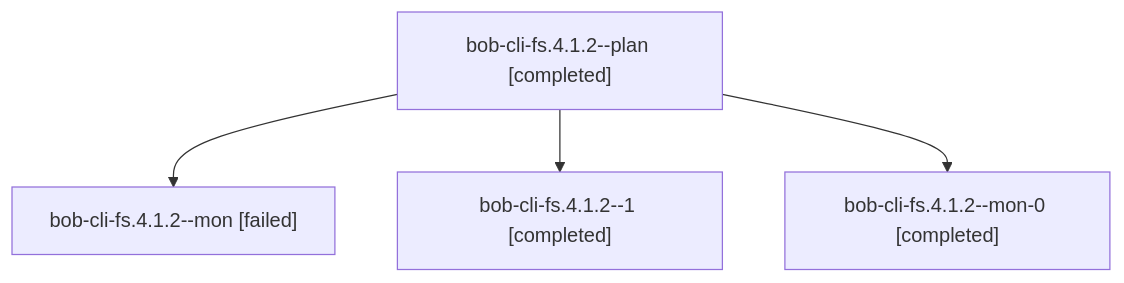
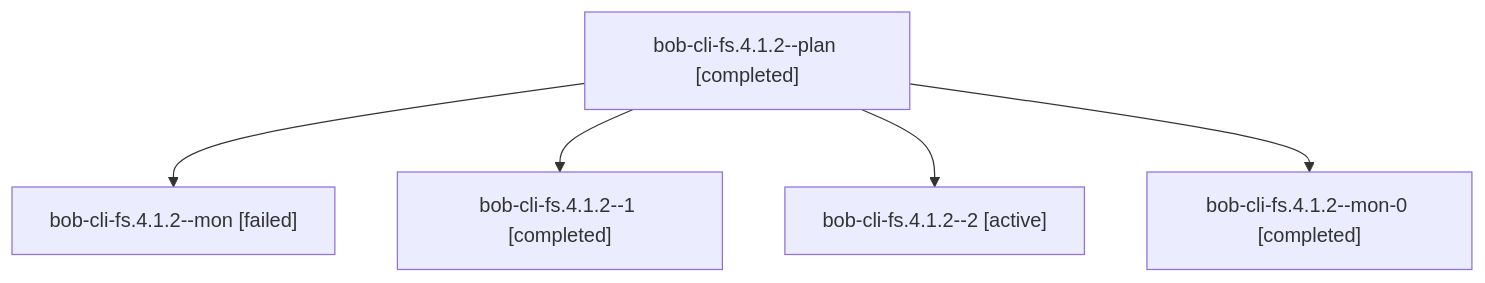
One commit to bobs-org/bob-cli--agents changed the diagram in sessions/bbugyi200.athena.bob-cli-fs.4.1.2.md. Above: the diagram before and after it, drawn with Mermaid. The commit also changed other lines of this file and 74 other files, not shown here.

````diff
--- a/sessions/bbugyi200.athena.bob-cli-fs.4.1.2.md
+++ b/sessions/bbugyi200.athena.bob-cli-fs.4.1.2.md
@@ -9,10 +9,12 @@
 ```mermaid
 flowchart TD
   n0["bob-cli-fs.4.1.2--plan [completed]"]
   n1["bob-cli-fs.4.1.2--mon [failed]"]
   n0 --> n1
   n2["bob-cli-fs.4.1.2--1 [completed]"]
   n0 --> n2
-  n3["bob-cli-fs.4.1.2--mon-0 [completed]"]
+  n3["bob-cli-fs.4.1.2--2 [active]"]
   n0 --> n3
+  n4["bob-cli-fs.4.1.2--mon-0 [completed]"]
+  n0 --> n4
 ```
````
